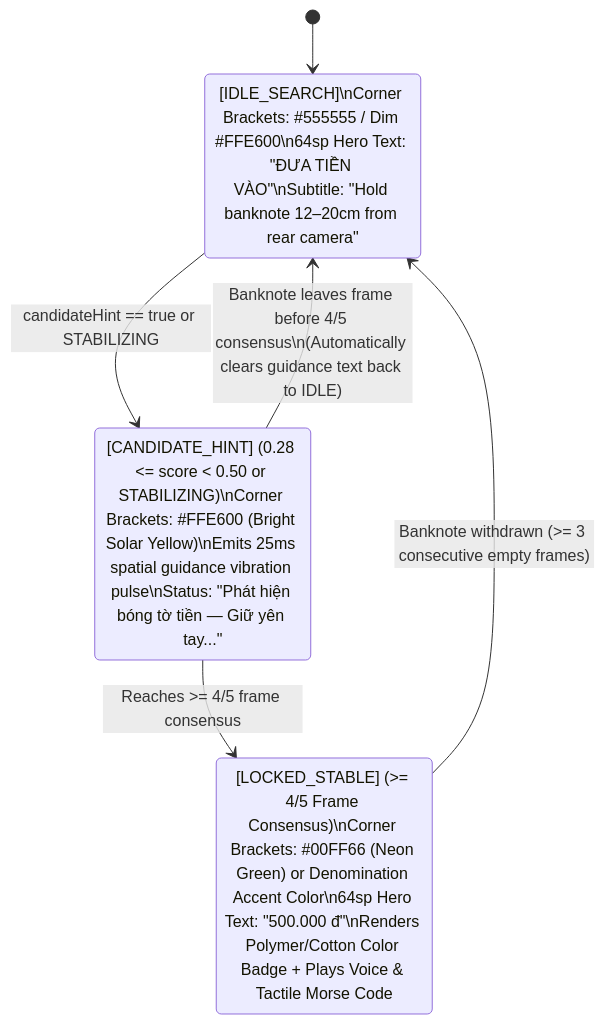
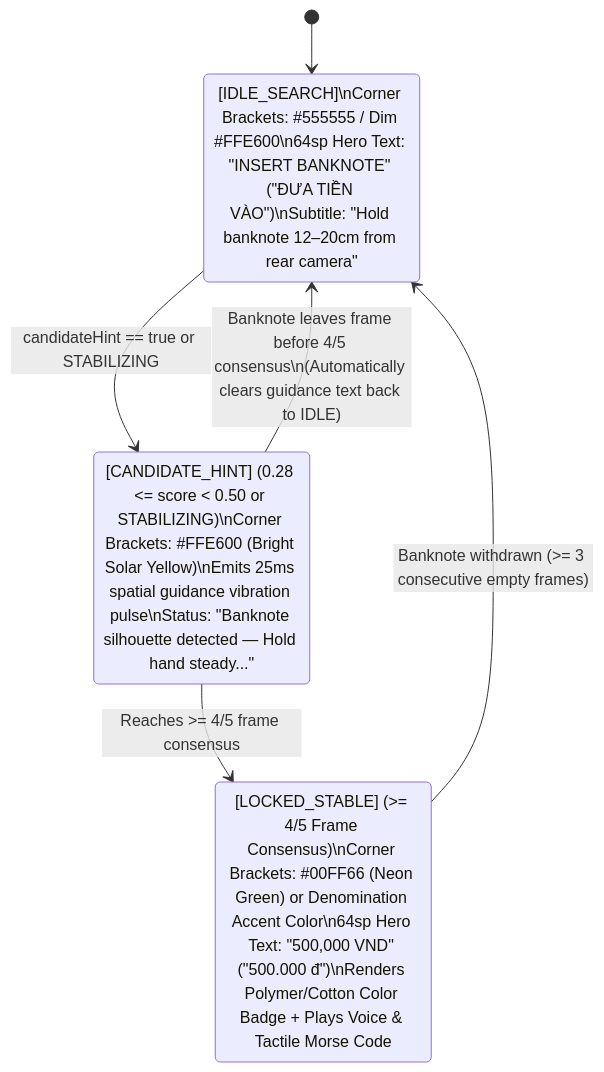
Before and after one commit to hezioquan12/vietnamese-money-vision: the second of 7 diagrams in docs/BLIND_FIRST_UI_UX_SPECIFICATION.en.md, drawn with Mermaid. The commit also changed other lines of this file and 1 other file, not shown here.

Commit message:
docs(en): complete English translation of diagrams, tables, and UI button references

````diff
--- a/docs/BLIND_FIRST_UI_UX_SPECIFICATION.en.md
+++ b/docs/BLIND_FIRST_UI_UX_SPECIFICATION.en.md
@@ -58,12 +58,12 @@
 ```mermaid
 stateDiagram-v2
     [*] --> IDLE_SEARCH
-    IDLE_SEARCH: [IDLE_SEARCH]\nCorner Brackets: #555555 / Dim #FFE600\n64sp Hero Text: "ĐƯA TIỀN VÀO"\nSubtitle: "Hold banknote 12–20cm from rear camera"
-    CANDIDATE_HINT: [CANDIDATE_HINT] (0.28 <= score < 0.50 or STABILIZING)\nCorner Brackets: #FFE600 (Bright Solar Yellow)\nEmits 25ms spatial guidance vibration pulse\nStatus: "Phát hiện bóng tờ tiền — Giữ yên tay..."
-    LOCKED_STABLE: [LOCKED_STABLE] (>= 4/5 Frame Consensus)\nCorner Brackets: #00FF66 (Neon Green) or Denomination Accent Color\n64sp Hero Text: "500.000 đ"\nRenders Polymer/Cotton Color Badge + Plays Voice & Tactile Morse Code
+    IDLE_SEARCH: [IDLE_SEARCH]\nCorner Brackets: #555555 / Dim #FFE600\n64sp Hero Text: "INSERT BANKNOTE" ("ĐƯA TIỀN VÀO")\nSubtitle: "Hold banknote 12–20cm from rear camera"
+    CANDIDATE_HINT: [CANDIDATE_HINT] (0.28 <= score < 0.50 or STABILIZING)\nCorner Brackets: #FFE600 (Bright Solar Yellow)\nEmits 25ms spatial guidance vibration pulse\nStatus: "Banknote silhouette detected — Hold hand steady..."
+    LOCKED_STABLE: [LOCKED_STABLE] (>= 4/5 Frame Consensus)\nCorner Brackets: #00FF66 (Neon Green) or Denomination Accent Color\n64sp Hero Text: "500,000 VND" ("500.000 đ")\nRenders Polymer/Cotton Color Badge + Plays Voice & Tactile Morse Code
 
     IDLE_SEARCH --> CANDIDATE_HINT: candidateHint == true or STABILIZING
     CANDIDATE_HINT --> IDLE_SEARCH: Banknote leaves frame before 4/5 consensus\n(Automatically clears guidance text back to IDLE)
     CANDIDATE_HINT --> LOCKED_STABLE: Reaches >= 4/5 frame consensus
     LOCKED_STABLE --> IDLE_SEARCH: Banknote withdrawn (>= 3 consecutive empty frames)
 ```
````
